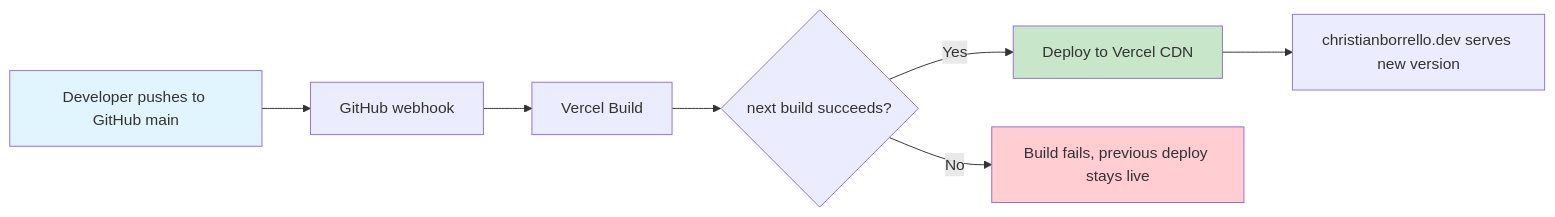
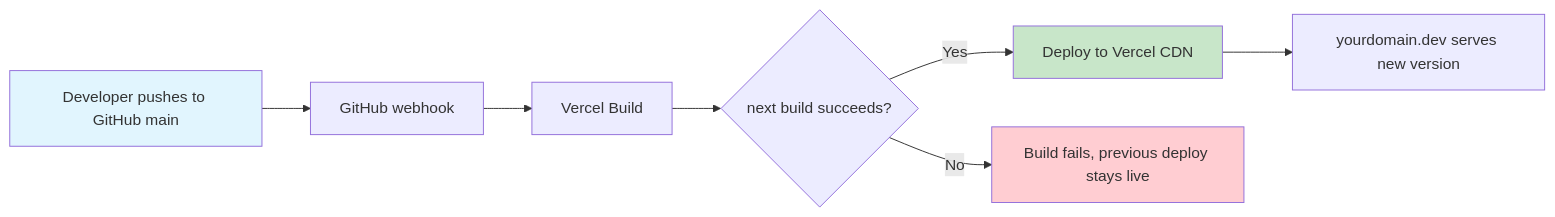
One commit to christianBorrello/WebPortfolio changed the seventh of 7 diagrams in docs/design/architecture-design.md. Above: the diagram before and after it, drawn with Mermaid. The commit also changed other lines of this file and 116 other files, not shown here.

````diff
--- a/docs/design/architecture-design.md
+++ b/docs/design/architecture-design.md
@@ -411,13 +409,13 @@
 ```mermaid
 flowchart LR
     A[Developer pushes to GitHub main] --> B[GitHub webhook]
     B --> C[Vercel Build]
     C --> D{next build succeeds?}
     D -->|Yes| E[Deploy to Vercel CDN]
     D -->|No| F[Build fails, previous deploy stays live]
-    E --> G[christianborrello.dev serves new version]
+    E --> G[yourdomain.dev serves new version]
 
     style A fill:#e1f5fe
     style E fill:#c8e6c9
     style F fill:#ffcdd2
 ```
````
